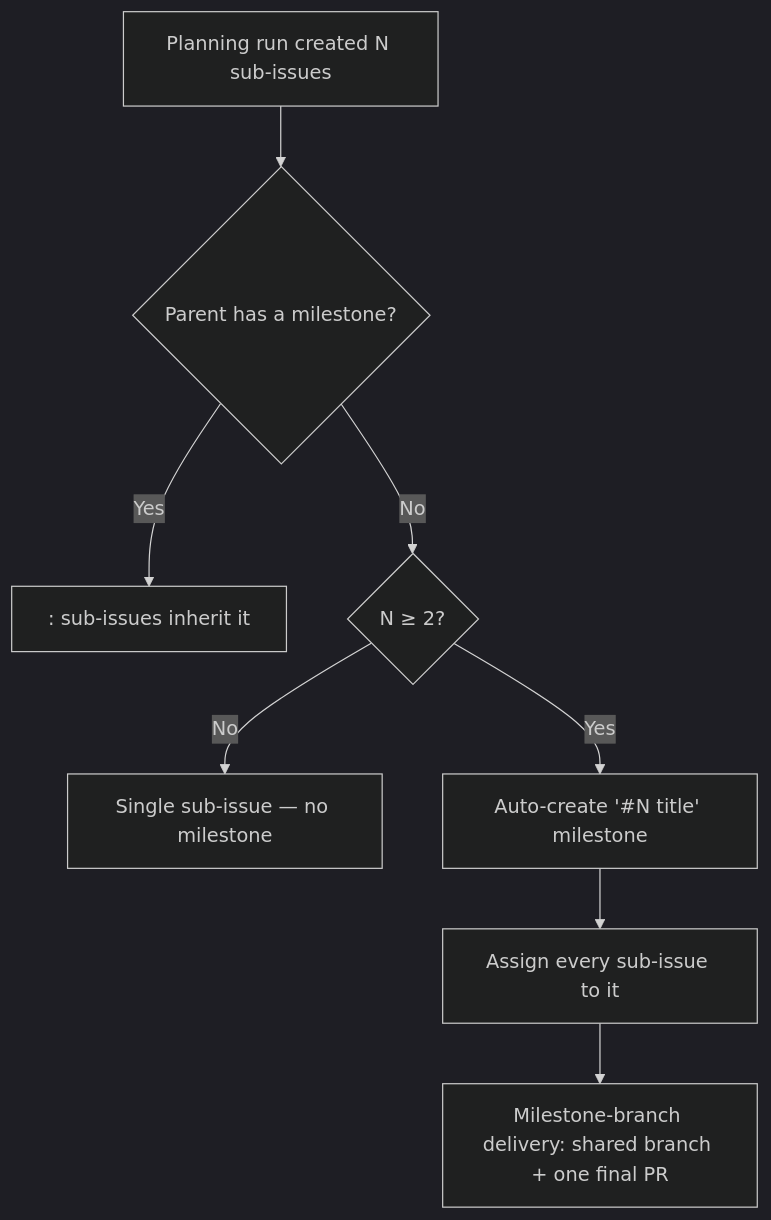
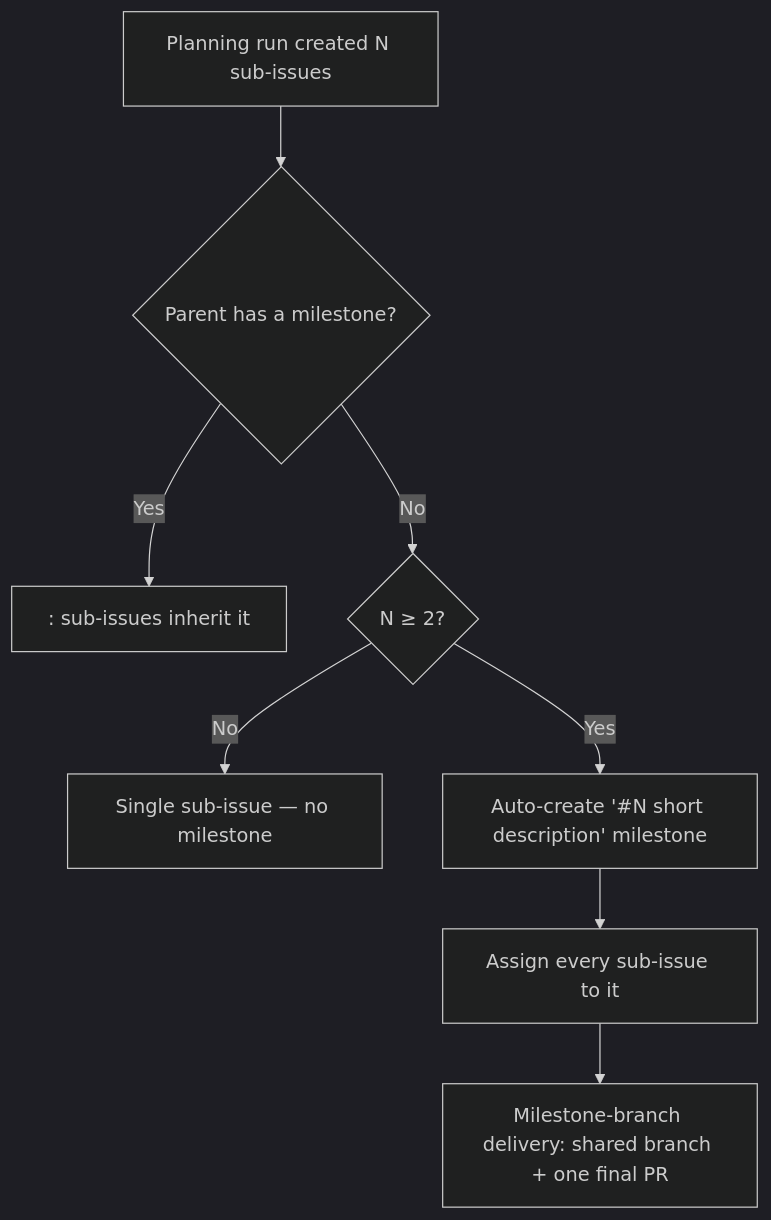
The ninth of 11 diagrams in docs/workflows/planning-and-questions.md (stSoftwareAU/VibeCoder), drawn with Mermaid (dark theme) before and after one commit. The commit also changed other lines of this file and 3 other files, not shown here.

First line of the commit message:
Generate safe, short planning milestone names (Issue #1690)

````diff
--- a/docs/workflows/planning-and-questions.md
+++ b/docs/workflows/planning-and-questions.md
@@ -748,10 +761,10 @@
 ```mermaid
 flowchart TD
     A[Planning run created N sub-issues] --> B{Parent has a milestone?}
     B -- Yes --> C[: sub-issues inherit it]
     B -- No --> D{N ≥ 2?}
     D -- No --> E[Single sub-issue — no milestone]
-    D -- Yes --> F[Auto-create '#N title' milestone]
+    D -- Yes --> F[Auto-create '#N short description' milestone]
     F --> G[Assign every sub-issue to it]
     G --> H[Milestone-branch delivery: shared branch + one final PR]
 ```
````
